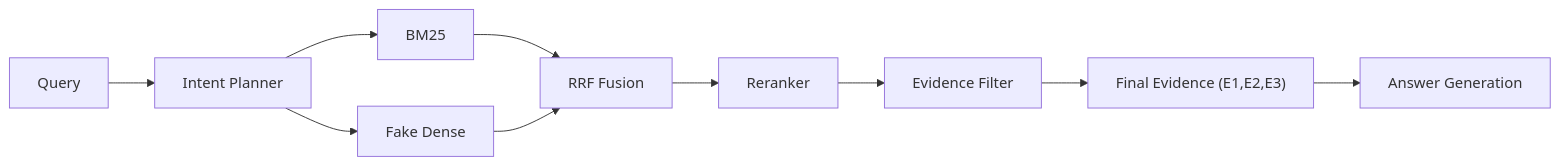
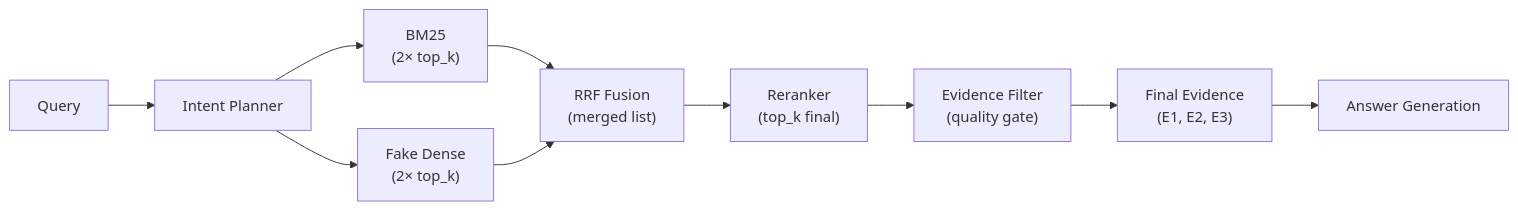
The third of 3 diagrams in docs/SYSTEM_ARCHITECTURE.md (AEAQA/Multi-Evidence-RAG-Course-Assistant), drawn with Mermaid before and after one commit. The commit also changed other lines of this file and 8 other files, not shown here.

````diff
--- a/docs/SYSTEM_ARCHITECTURE.md
+++ b/docs/SYSTEM_ARCHITECTURE.md
@@ -70,12 +99,12 @@
 ```mermaid
 graph LR
     Q["Query"] --> IP["Intent Planner"]
-    IP --> BM["BM25"]
-    IP --> DE["Fake Dense"]
-    BM --> FUS["RRF Fusion"]
+    IP --> BM["BM25<br/>(2× top_k)"]
+    IP --> DE["Fake Dense<br/>(2× top_k)"]
+    BM --> FUS["RRF Fusion<br/>(merged list)"]
     DE --> FUS
-    FUS --> RER["Reranker"]
-    RER --> FILTER["Evidence Filter"]
-    FILTER --> FINAL["Final Evidence (E1,E2,E3)"]
+    FUS --> RER["Reranker<br/>(top_k final)"]
+    RER --> FILTER["Evidence Filter<br/>(quality gate)"]
+    FILTER --> FINAL["Final Evidence<br/>(E1, E2, E3)"]
     FINAL --> GEN["Answer Generation"]
 ```
````
